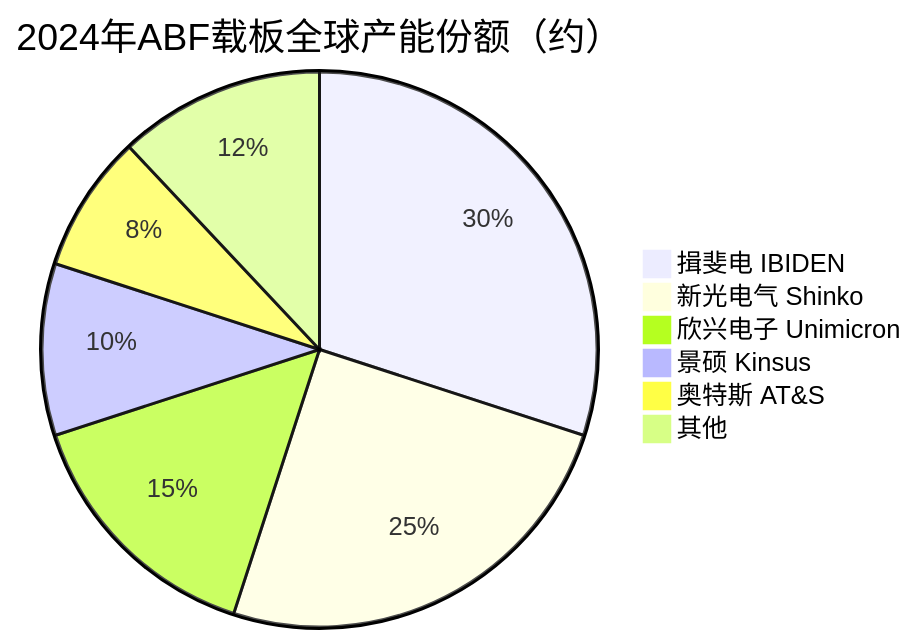
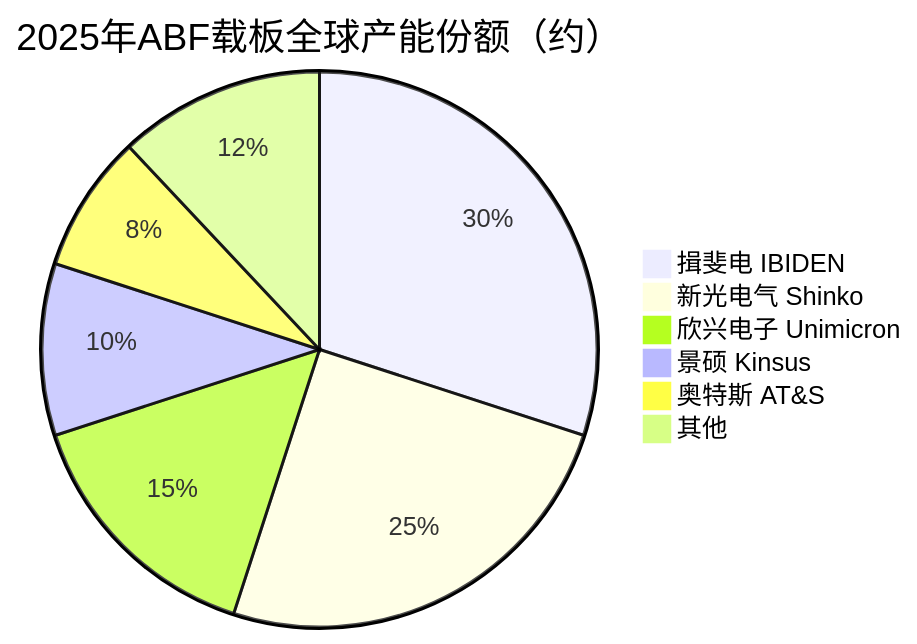
The third of 3 diagrams in 存储产业链/细分配套/存储封装与基板.md (blueprint1453/industry-insight), drawn with Mermaid before and after one commit. The commit also changed other lines of this file and 78 other files, not shown here.

````diff
--- a/存储产业链/细分配套/存储封装与基板.md
+++ b/存储产业链/细分配套/存储封装与基板.md
@@ -124,9 +124,9 @@
 ```mermaid
-pie title 2024年ABF载板全球产能份额（约）
+pie title 2025年ABF载板全球产能份额（约）
     "揖斐电 IBIDEN" : 30
     "新光电气 Shinko" : 25
     "欣兴电子 Unimicron" : 15
     "景硕 Kinsus" : 10
     "奥特斯 AT&S" : 8
     "其他" : 12
 ```
````
